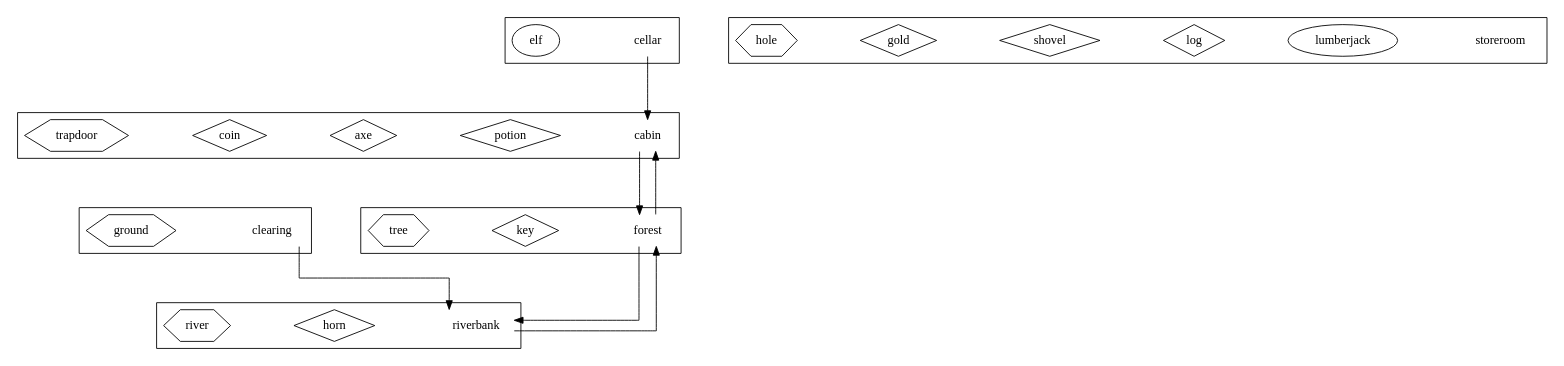
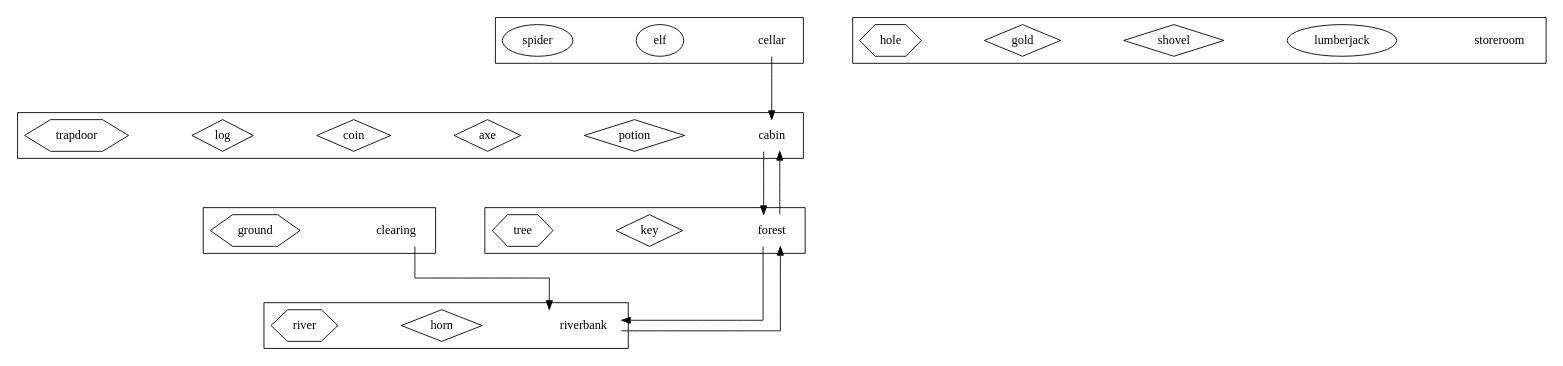
One commit to MasonSyj/CodeinJava changed the diagram in cw-stag/config/extended-entities.dot. Above: the diagram before and after it, drawn with Graphviz. The commit also changed 7 other files, not shown here.

```diff
--- a/cw-stag/config/extended-entities.dot
+++ b/cw-stag/config/extended-entities.dot
@@ -1,99 +1,100 @@
 digraph layout {
     /* ortho splines just makes the arrows into straight lines (rather than curvy ones !) */
     splines = ortho;
     /* space everything out a bit to make it easier to see (for larger models) */
     graph [ranksep="1" nodesep="1"];
     node [shape = "rect"];
 
     subgraph locations {
 
         subgraph cluster001 {
             node [shape = "none"];
-            cabin [description = "A log cabin in the woods"];
+            cabin [description = "A old cabin in the woods"];
             subgraph artefacts {
                 node [shape = "diamond"];
                 potion [description = "A bottle of magic potion"];
                 axe [description = "A razor sharp axe"];
                 coin [description = "A silver coin"];
+                log [description = "A heavy wooden log"];
             }
             subgraph furniture {
                 node [shape = "hexagon"];
                 trapdoor [description = "A locked wooden trapdoor in the floor"];
             }
         }
 
         subgraph cluster002 {
             node [shape = "none"];
             forest [description = "A deep dark forest"];
             subgraph artefacts {
                 node [shape = "diamond"];
                 key [description = "A rusty old key"];
             }
             subgraph furniture {
                 node [shape = "hexagon"];
                 tree [description = "A tall pine tree"];
             }
         }
 
         subgraph cluster003 {
             node [shape = "none"];
             cellar [description = "A dusty cellar"]
             subgraph characters {
                 node [shape = "ellipse"];
                 elf [description = "An angry looking Elf"];
+                spider [description = "A small Spider"];
             }
         }
 
         subgraph cluster004 {
             node [shape = "none"];
             riverbank [description = "A grassy riverbank"]
             subgraph artefacts {
                 node [shape = "diamond"];
                 horn [description = "An old brass horn"];
             }
             subgraph furniture {
                 node [shape = "hexagon"];
                 river [description = "A fast flowing river"];
             }
         }
 
         subgraph cluster005 {
             node [shape = "none"];
             clearing [description = "A clearing in the woods"]
             subgraph furniture {
                 node [shape = "hexagon"];
                 ground [description = "It looks like the soil has been recently disturbed"];
             }
         }
 
         subgraph cluster999 {
             node [shape = "none"];
             storeroom [description = "Storage for any entities not placed in the game"]
             subgraph characters {
                 node [shape = "ellipse"];
                 lumberjack [description = "A burly wood cutter"];
             }
             subgraph artefacts {
                 node [shape = "diamond"];
-                log [description = "A heavy wooden log"];
                 shovel [description = "A sturdy shovel"];
                 gold [description = "A big pot of gold"];
             }
             subgraph furniture {
                 node [shape = "hexagon"];
                 hole [description = "A deep hole in the ground"];
             }
         }
 
     }
 
     subgraph paths {
         cabin -> forest;
         forest -> cabin;
         cellar -> cabin;
         forest -> riverbank
         riverbank -> forest
         clearing -> riverbank
     }
 
 }
```
